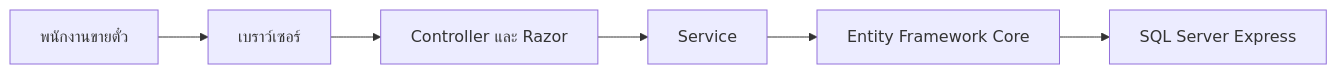
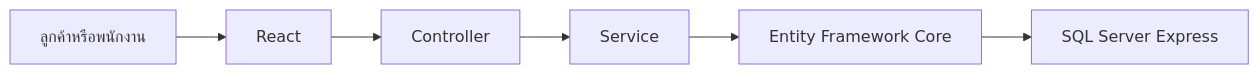
The first of 10 diagrams in docs/DESIGN.md (Phongphisut-Khenchat-Personal/NatureMiniPlex), drawn with Mermaid before and after one commit. The commit also changed other lines of this file and 81 other files, not shown here.

````diff
--- a/docs/DESIGN.md
+++ b/docs/DESIGN.md
@@ -19,15 +20,15 @@
 ```mermaid
 flowchart LR
-  staff[พนักงานขายตั๋ว]
-  browser[เบราว์เซอร์]
-  mvc[Controller และ Razor]
+  person[ลูกค้าหรือพนักงาน]
+  react[React]
+  api[Controller]
   service[Service]
   ef[Entity Framework Core]
   sql[SQL Server Express]
 
-  staff --> browser
-  browser --> mvc
-  mvc --> service
+  person --> react
+  react --> api
+  api --> service
   service --> ef
   ef --> sql
 ```
````
